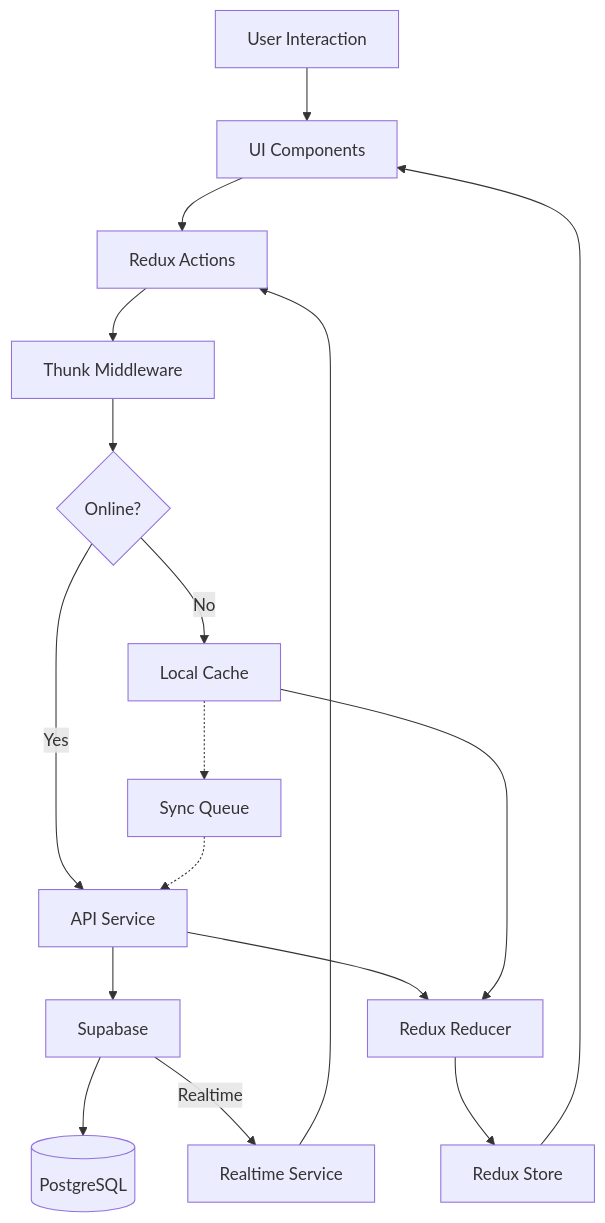
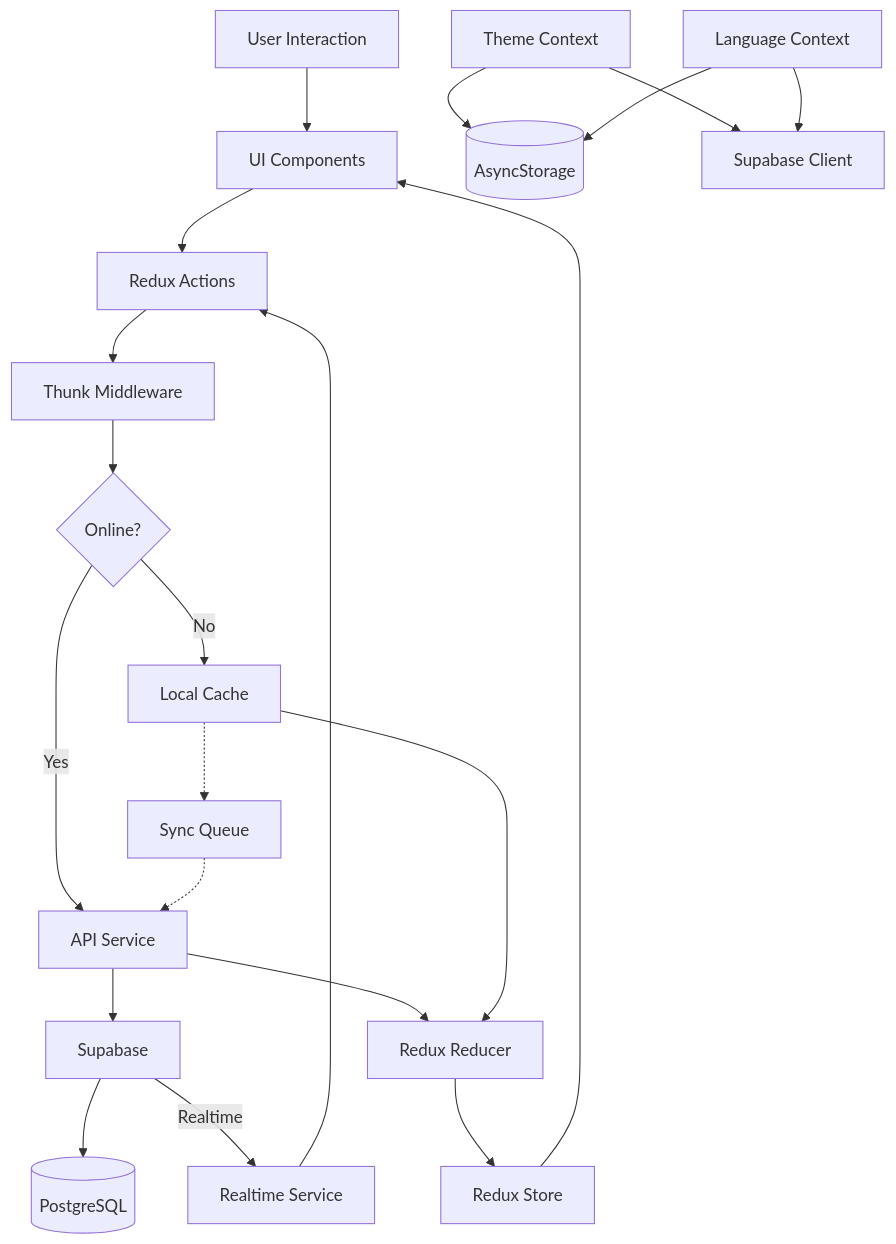
Before and after one commit to hugo-ribaud/bumb-buddy: the second of 2 diagrams in memory-bank/systemPatterns.md, drawn with Mermaid. The commit also changed other lines of this file and 15 other files, not shown here.

````diff
--- a/memory-bank/systemPatterns.md
+++ b/memory-bank/systemPatterns.md
@@ -123,25 +142,30 @@
 ```mermaid
 flowchart TD
     User[User Interaction] --> UI[UI Components]
     UI --> Actions[Redux Actions]
     Actions --> Thunks[Thunk Middleware]
 
     Thunks --> Online{Online?}
     Online -->|Yes| API[API Service]
     Online -->|No| LocalCache[Local Cache]
 
     API --> Supabase[Supabase]
     Supabase --> Database[(PostgreSQL)]
 
     Supabase -->|Realtime| RealtimeService[Realtime Service]
     RealtimeService --> Actions
 
     API --> Reducer[Redux Reducer]
     LocalCache --> Reducer
 
     Reducer --> Store[Redux Store]
     Store --> UI
 
     LocalCache -.-> SyncQueue[Sync Queue]
     SyncQueue -.-> API
+
+    ThemeContext[Theme Context] --> AsyncStorage[(AsyncStorage)]
+    ThemeContext --> SupabaseClient[Supabase Client]
+    LanguageContext[Language Context] --> AsyncStorage
+    LanguageContext --> SupabaseClient
 ```
````
